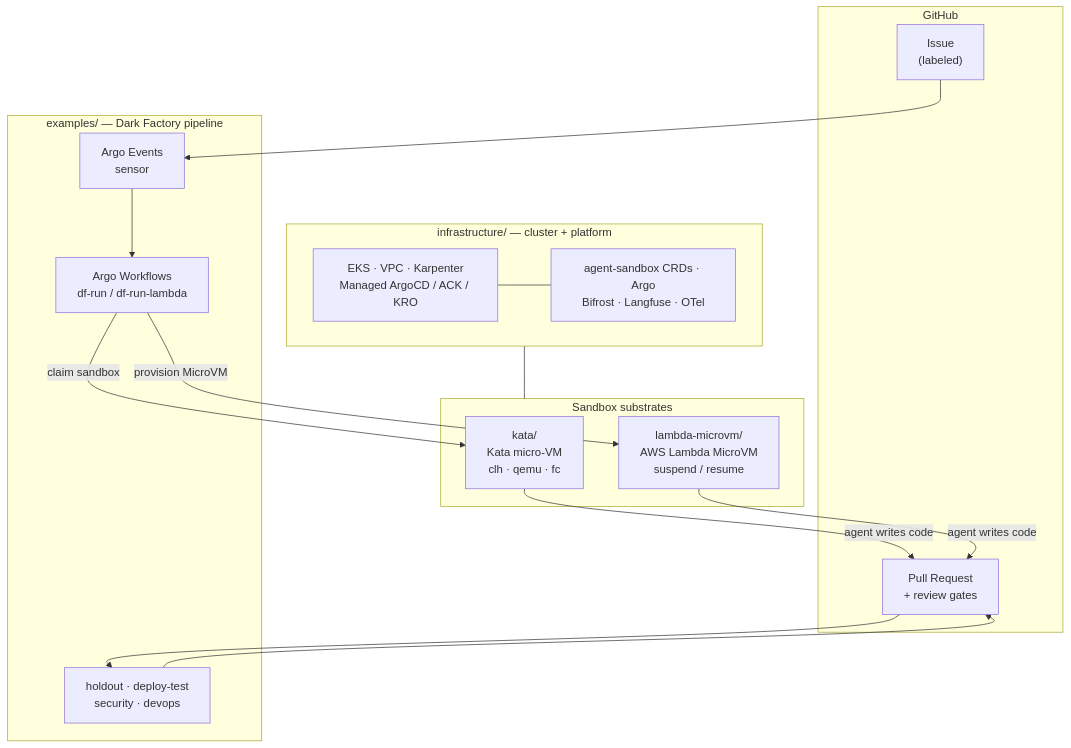
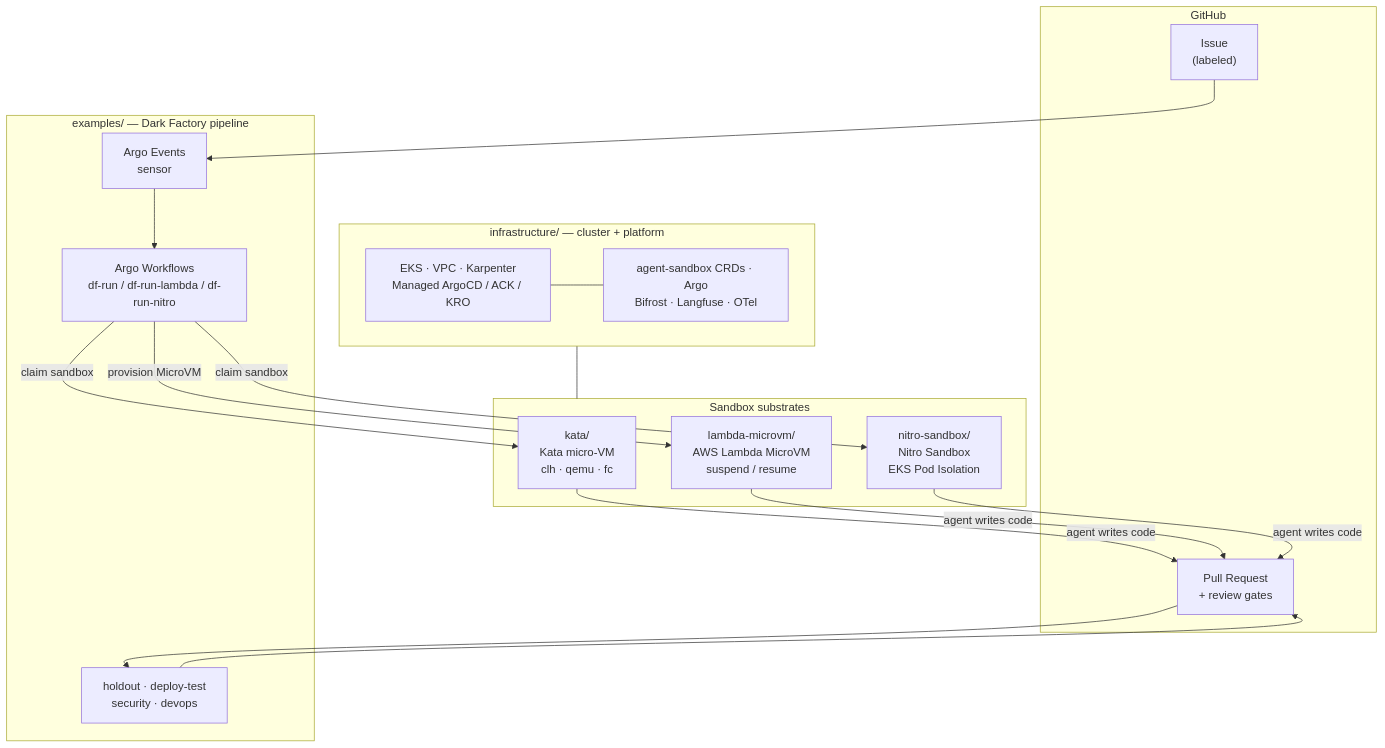
The diagram in README.md (elamaran11/agent-sandbox-blueprints), drawn with Mermaid before and after one commit. The commit also changed other lines of this file and 70 other files, not shown here.

First line of the commit message:
feat(nitro-sandbox): add the Nitro Sandbox substrate and a Dark Factory example on it

````diff
--- a/README.md
+++ b/README.md
@@ -47,31 +49,33 @@
 ```mermaid
 flowchart TB
     subgraph GH["GitHub"]
         ISSUE["Issue<br/>(labeled)"]
         PR["Pull Request<br/>+ review gates"]
     end
 
     subgraph PIPE["examples/ — Dark Factory pipeline"]
         SENSOR["Argo Events<br/>sensor"]
-        WF["Argo Workflows<br/>df-run / df-run-lambda"]
+        WF["Argo Workflows<br/>df-run / df-run-lambda / df-run-nitro"]
         GATES["holdout · deploy-test<br/>security · devops"]
     end
 
     subgraph SUB["Sandbox substrates"]
         KATA["kata/<br/>Kata micro-VM<br/>clh · qemu · fc"]
         LMVM["lambda-microvm/<br/>AWS Lambda MicroVM<br/>suspend / resume"]
+        NITRO["nitro-sandbox/<br/>Nitro Sandbox<br/>EKS Pod Isolation"]
     end
 
     subgraph INFRA["infrastructure/ — cluster + platform"]
         EKS["EKS · VPC · Karpenter<br/>Managed ArgoCD / ACK / KRO"]
         ADDONS["agent-sandbox CRDs · Argo<br/>Bifrost · Langfuse · OTel"]
     end
 
     ISSUE --> SENSOR --> WF
     WF -->|claim sandbox| KATA
     WF -->|provision MicroVM| LMVM
-    KATA & LMVM -->|agent writes code| PR
+    WF -->|claim sandbox| NITRO
+    KATA & LMVM & NITRO -->|agent writes code| PR
     PR --> GATES --> PR
     INFRA --- SUB
     EKS --- ADDONS
 ```
````
